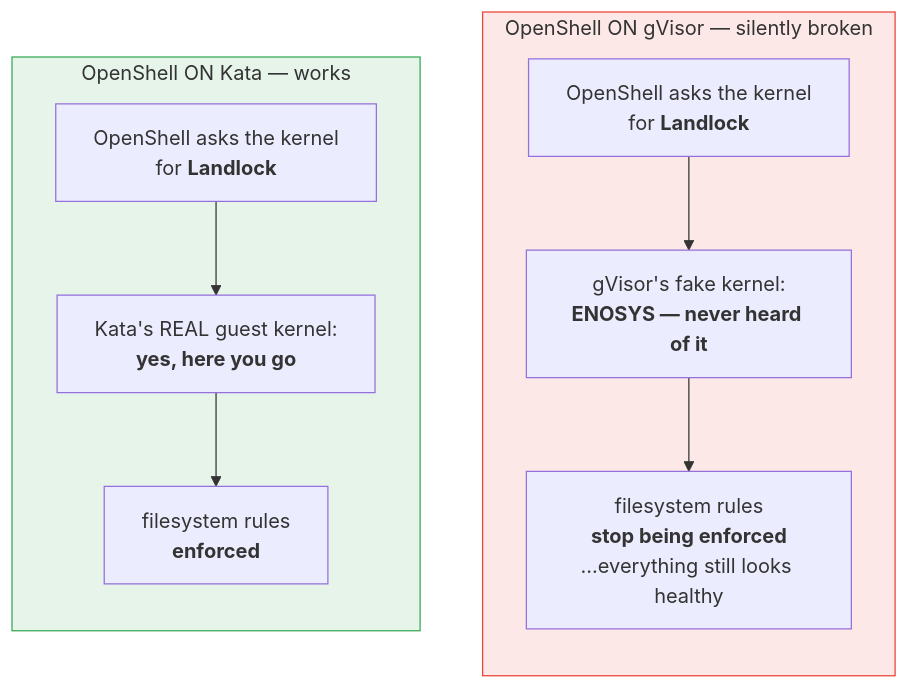
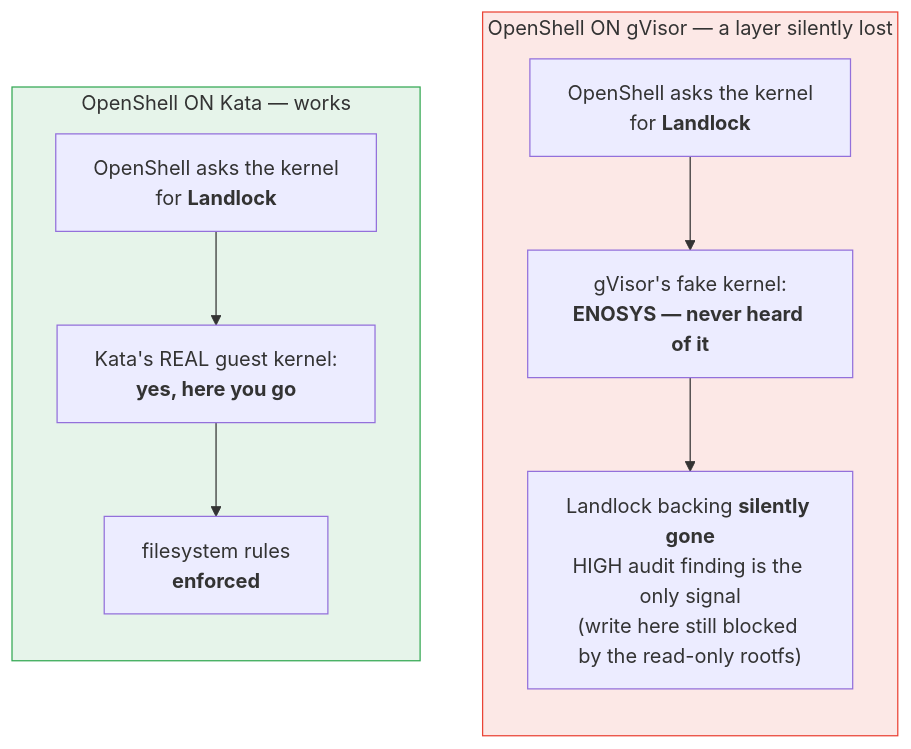
The sixth of 7 diagrams in docs/isolation-layers.md (lukaskellerstein/sandboxing-tutorial), drawn with Mermaid before and after one commit. The commit also changed other lines of this file and 65 other files, not shown here.

````diff
--- a/docs/isolation-layers.md
+++ b/docs/isolation-layers.md
@@ -255,21 +265,21 @@
 ```mermaid
 flowchart TB
-    subgraph FAIL["OpenShell ON gVisor — silently broken"]
+    subgraph FAIL["OpenShell ON gVisor — a layer silently lost"]
         direction TB
         O1["OpenShell asks the kernel<br/>for <b>Landlock</b>"]
         G1["gVisor's fake kernel:<br/><b>ENOSYS — never heard of it</b>"]
-        R1["filesystem rules<br/><b>stop being enforced</b><br/>...everything still looks healthy"]
+        R1["Landlock backing <b>silently gone</b><br/>HIGH audit finding is the only signal<br/>(write here still blocked by the read-only rootfs)"]
         O1 --> G1 --> R1
     end
 
     subgraph WIN["OpenShell ON Kata — works"]
         direction TB
         O2["OpenShell asks the kernel<br/>for <b>Landlock</b>"]
         G2["Kata's REAL guest kernel:<br/><b>yes, here you go</b>"]
         R2["filesystem rules<br/><b>enforced</b>"]
         O2 --> G2 --> R2
     end
 
     style FAIL fill:#fce8e6,stroke:#ea4335
     style WIN fill:#e6f4ea,stroke:#34a853
 ```
````
